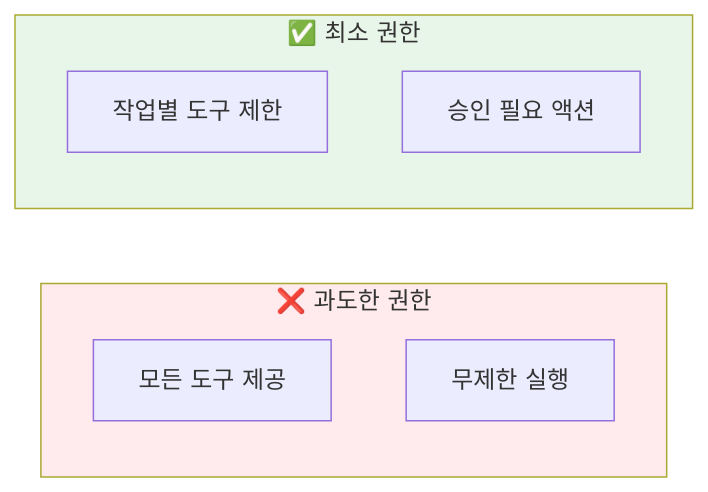
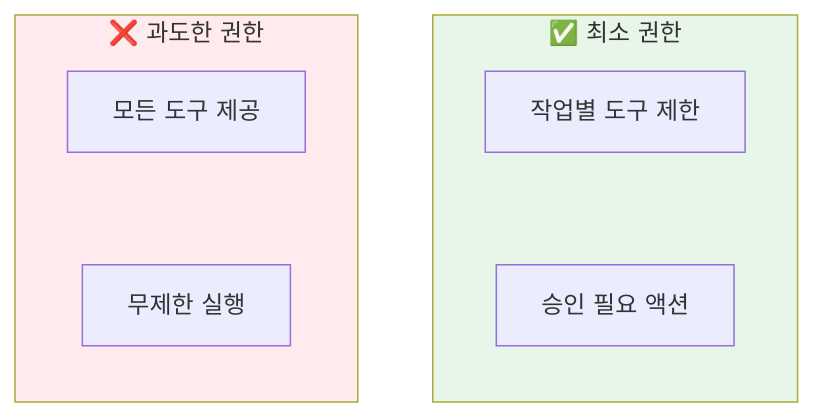
The eighth of 9 diagrams in content/posts/2025-10-01-ai-agent-architecture-fundamentals.md (Gyeom/dev-notes), drawn with Mermaid before and after one commit. The commit also changed 12 other files, not shown here.

First line of the commit message:
Fix: Mermaid 다이어그램 레이아웃 수정 및 가이드 강화

````diff
--- a/content/posts/2025-10-01-ai-agent-architecture-fundamentals.md
+++ b/content/posts/2025-10-01-ai-agent-architecture-fundamentals.md
@@ -282,15 +282,15 @@
 ```mermaid
 flowchart LR
     subgraph Bad["❌ 과도한 권한"]
-        B1["모든 도구 제공"]
-        B2["무제한 실행"]
+        B1["모든 도구 제공"] ~~~ B2["무제한 실행"]
     end
 
     subgraph Good["✅ 최소 권한"]
-        G1["작업별 도구 제한"]
-        G2["승인 필요 액션"]
+        G1["작업별 도구 제한"] ~~~ G2["승인 필요 액션"]
     end
+
+    Bad ~~~ Good
 
     style Bad fill:#FFEBEE
     style Good fill:#E8F5E9
 ```
````
